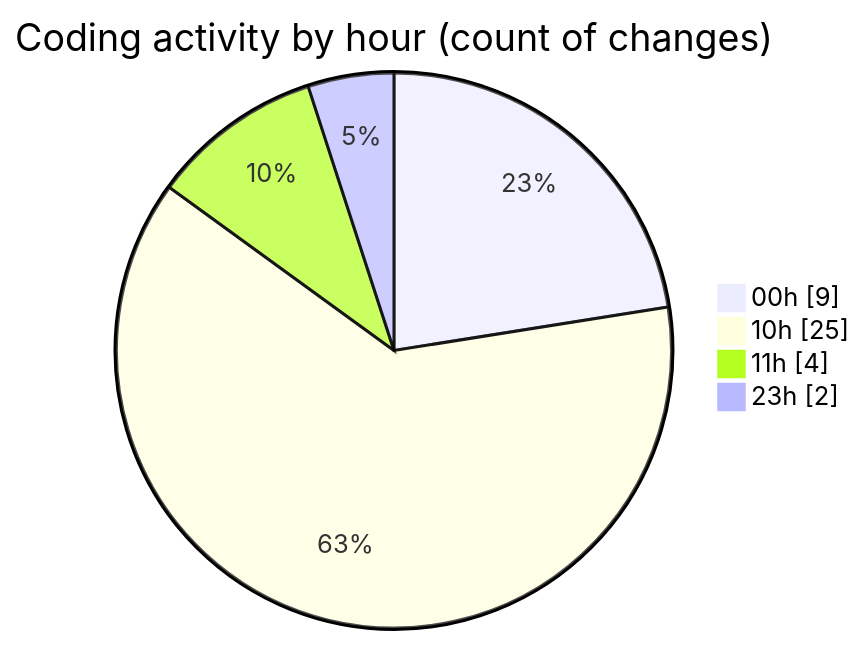
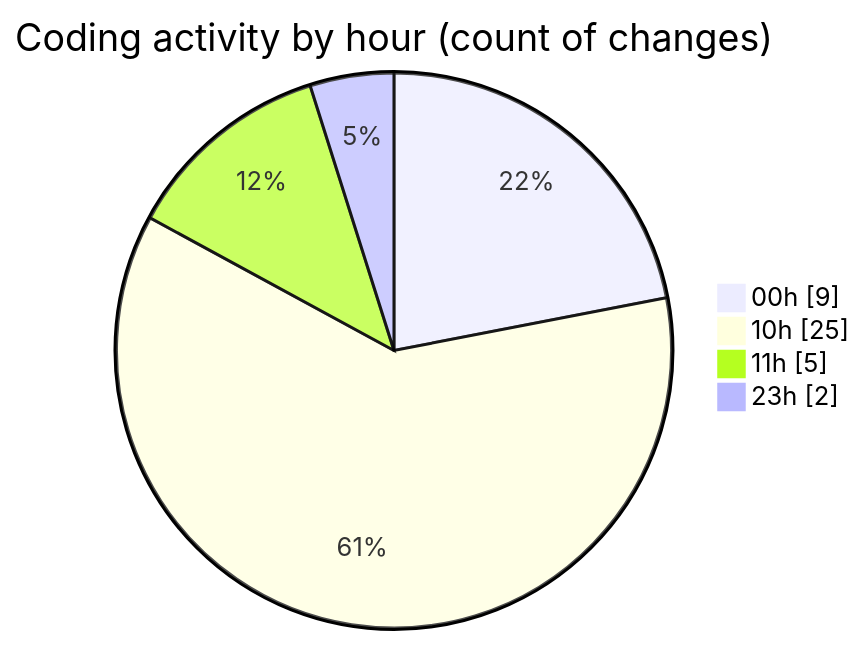
The second of 2 diagrams in 2025-11-15/cdp_aleoudev_fr__workspace_/README.md (julien-gomy/code-tracking), drawn with Mermaid before and after one commit. The commit also changed other lines of this file and 1 other file, not shown here.

````diff
--- a/2025-11-15/cdp_aleoudev_fr__workspace_/README.md
+++ b/2025-11-15/cdp_aleoudev_fr__workspace_/README.md
@@ -34,8 +34,8 @@
 ```mermaid
 pie showData
 title Coding activity by hour (count of changes)
 "00h" : 9
 "10h" : 25
-"11h" : 4
+"11h" : 5
 "23h" : 2
 ```
````
